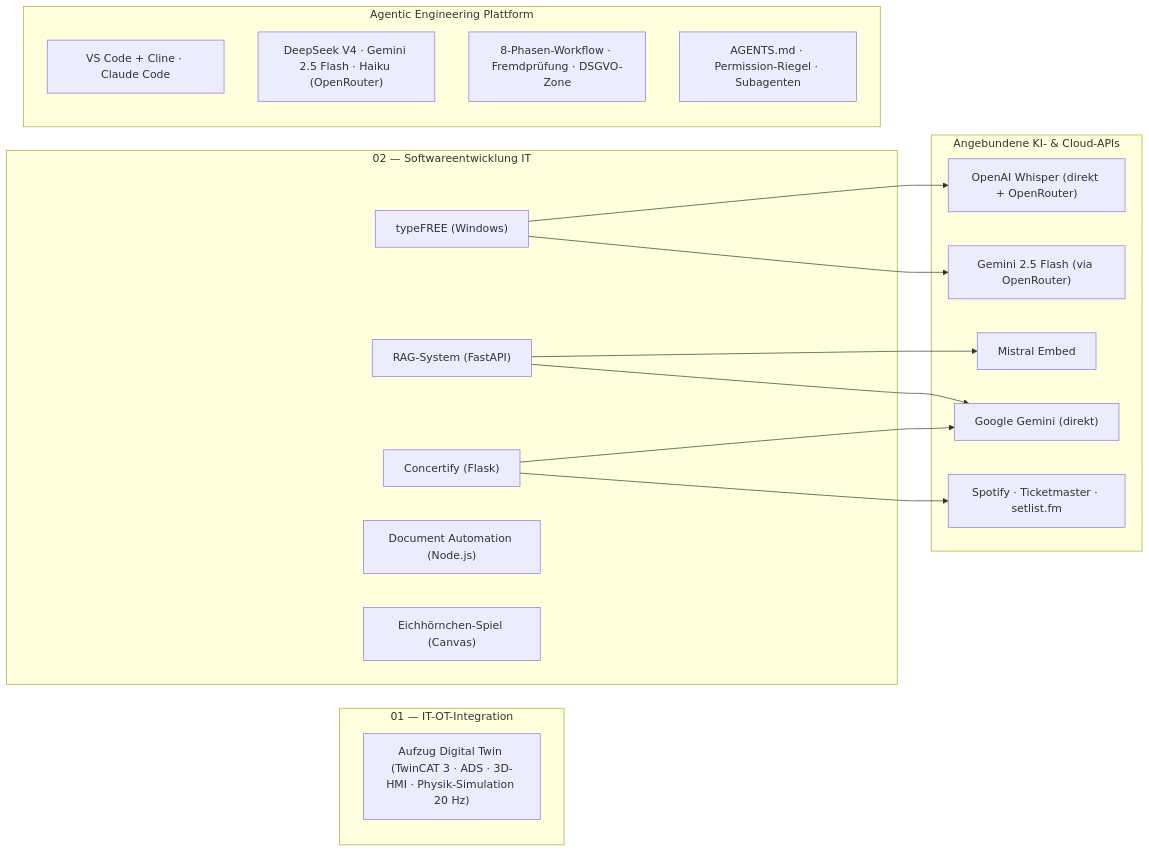
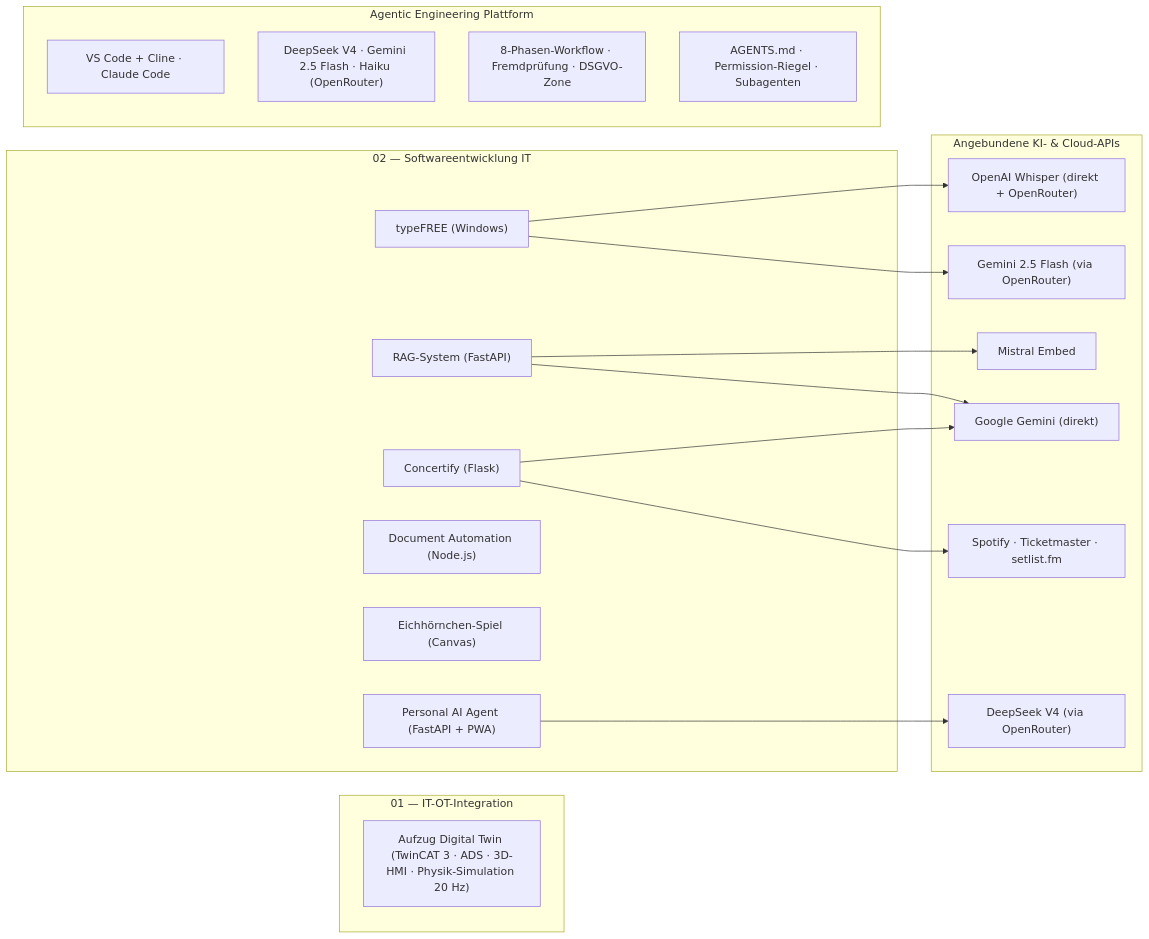
One commit to HeartledAgentEngineer/it-ot-agentic-engineering changed the diagram in README.md. Above: the diagram before and after it, drawn with Mermaid. The commit also changed other lines of this file and 2 other files, not shown here.

Commit message:
docs(portfolio): Personal AI Agent vollstaendig in Root- und Bereichs-README aufgenommen (Projektuebersicht, Landkarte, Verzeichnisstruktur, Schnellstart, Pruefbefehl); Projektstruktur in personal_ai_agent/README an echten Code-Stand angepasst (docs)

````diff
--- a/README.md
+++ b/README.md
@@ -32,36 +33,39 @@
 ```mermaid
 graph LR
     subgraph OT["01 — IT-OT-Integration"]
         E["Aufzug Digital Twin (TwinCAT 3 · ADS · 3D-HMI · Physik-Simulation 20 Hz)"]
     end
 
     subgraph IT["02 — Softwareentwicklung IT"]
         C["Concertify (Flask)"]
         T["typeFREE (Windows)"]
         R["RAG-System (FastAPI)"]
         D["Document Automation (Node.js)"]
         S["Eichhörnchen-Spiel (Canvas)"]
+        P["Personal AI Agent (FastAPI + PWA)"]
     end
 
     subgraph APIs["Angebundene KI- & Cloud-APIs"]
         WH["OpenAI Whisper (direkt + OpenRouter)"]
         G2F["Gemini 2.5 Flash (via OpenRouter)"]
         MB["Mistral Embed"]
         G2["Google Gemini (direkt)"]
         SP["Spotify · Ticketmaster · setlist.fm"]
+        DS["DeepSeek V4 (via OpenRouter)"]
     end
 
     subgraph AE["Agentic Engineering Plattform"]
         CLI["VS Code + Cline · Claude Code"]
         MOD["DeepSeek V4 · Gemini 2.5 Flash · Haiku (OpenRouter)"]
         WF["8-Phasen-Workflow · Fremdprüfung · DSGVO-Zone"]
         GR["AGENTS.md · Permission-Riegel · Subagenten"]
     end
 
     C["Concertify (Flask)"] --> SP
     C --> G2
     T["typeFREE (Windows)"] --> WH
     T --> G2F
     R["RAG-System (FastAPI)"] --> G2
     R --> MB
+    P["Personal AI Agent (FastAPI + PWA)"] --> DS
 ```
````
